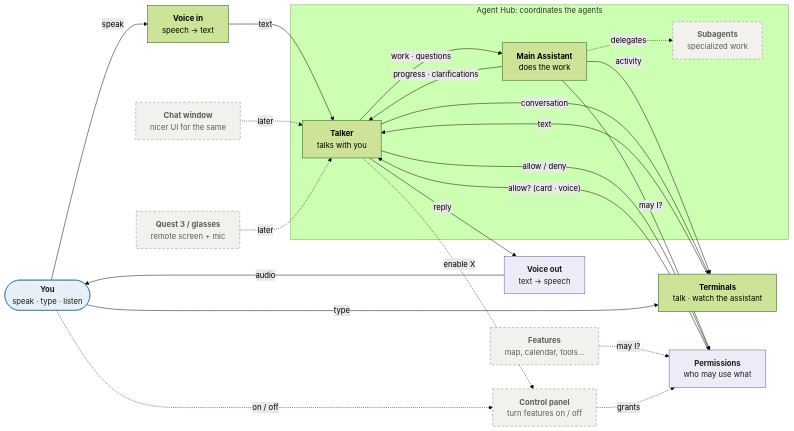
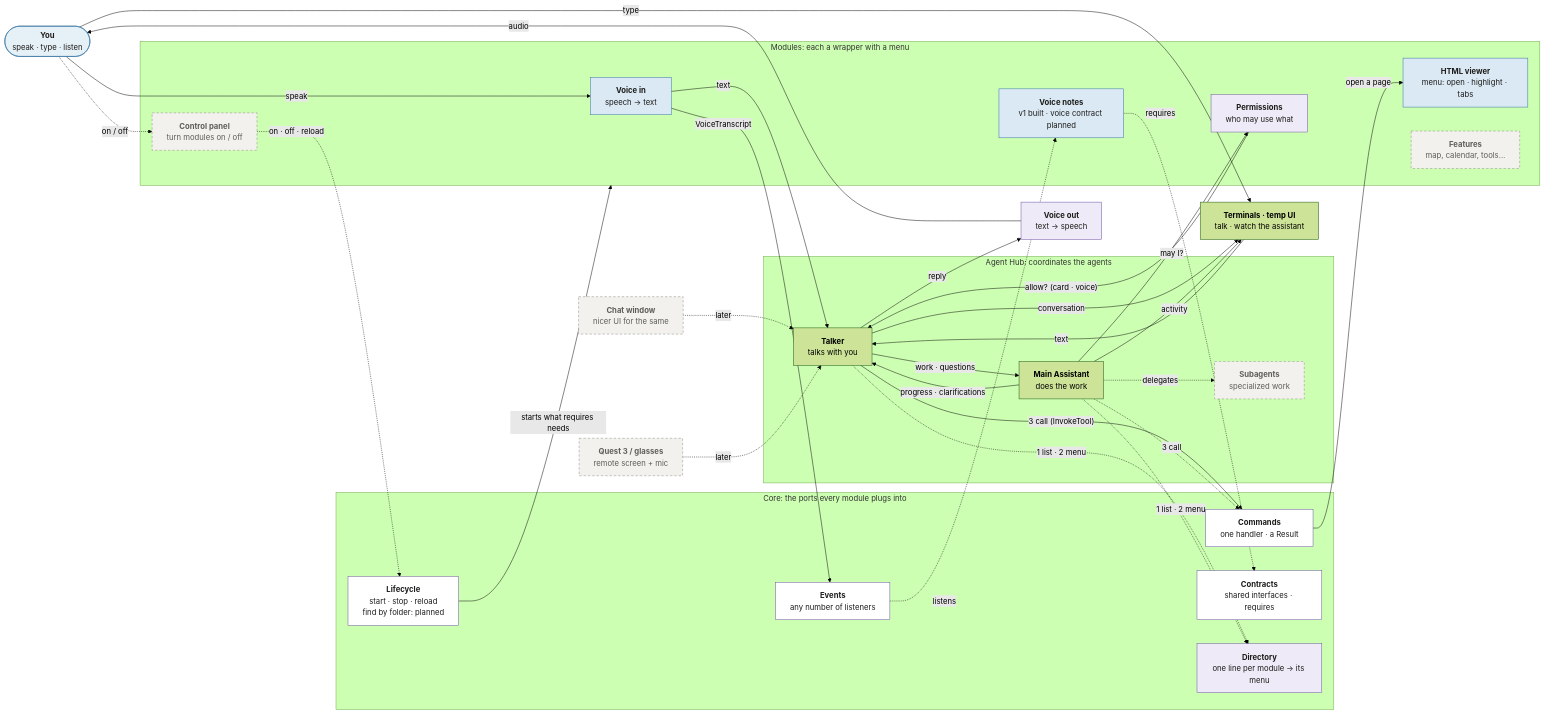
The diagram in docs/architecture/README.md (sharramon/AI_Assistant), drawn with Mermaid (forest theme) before and after one commit. The commit also changed other lines of this file and 35 other files, not shown here.

Commit message:
Docs: module pages, module library, architecture and API updates

````diff
--- a/docs/architecture/README.md
+++ b/docs/architecture/README.md
@@ -9,47 +9,69 @@
 ```mermaid
 flowchart LR
     You(["<b>You</b><br/>speak · type · listen"])
-    VoiceIn["<b>Voice in</b><br/>speech → text"]
-    Term["<b>Terminals</b><br/>talk · watch the assistant"]
+    Term["<b>Terminals · temp UI</b><br/>talk · watch the assistant"]
     Window["<b>Chat window</b><br/>nicer UI for the same"]
+    Quest["<b>Quest 3 / glasses</b><br/>remote screen + mic"]
     VoiceOut["<b>Voice out</b><br/>text → speech"]
-    Quest["<b>Quest 3 / glasses</b><br/>remote screen + mic"]
-    Control["<b>Control panel</b><br/>turn features on / off"]
-    Perms["<b>Permissions</b><br/>who may use what"]
-    Features["<b>Features</b><br/>map, calendar, tools…"]
 
     subgraph Hub["Agent Hub: coordinates the agents"]
         Talker["<b>Talker</b><br/>talks with you"]
         Main["<b>Main Assistant</b><br/>does the work"]
         Subs["<b>Subagents</b><br/>specialized work"]
         Talker -- work · questions --> Main
         Main -- progress · clarifications --> Talker
         Main -. delegates .-> Subs
     end
 
+    subgraph Core["Core: the ports every module plugs into"]
+        Life["<b>Lifecycle</b><br/>start · stop · reload<br/>find by folder: planned"]
+        Cmds["<b>Commands</b><br/>one handler · a Result"]
+        Events["<b>Events</b><br/>any number of listeners"]
+        Contracts["<b>Contracts</b><br/>shared interfaces · requires"]
+        Dir["<b>Directory</b><br/>one line per module → its menu"]
+    end
+
+    subgraph Mods["Modules: each a wrapper with a menu"]
+        VoiceIn["<b>Voice in</b><br/>speech → text"]
+        Viewer["<b>HTML viewer</b><br/>menu: open · highlight · tabs"]
+        Notes["<b>Voice notes</b><br/>v1 built · voice contract planned"]
+        Perms["<b>Permissions</b><br/>who may use what"]
+        Control["<b>Control panel</b><br/>turn modules on / off"]
+        Features["<b>Features</b><br/>map, calendar, tools…"]
+    end
+
     You -- speak --> VoiceIn
     You -- type --> Term
     VoiceIn -- text --> Talker
     Term -- text --> Talker
+    Talker -- conversation --> Term
+    Main -- activity --> Term
     Talker -- reply --> VoiceOut
     VoiceOut -- audio --> You
-    Main -- activity --> Term
-    Talker -- conversation --> Term
     Window -. later .-> Talker
     Quest -. later .-> Talker
+    Talker -. "1 list · 2 menu" .-> Dir
+    Main -. "1 list · 2 menu" .-> Dir
+    Talker -- "3 call (InvokeTool)" --> Cmds
+    Main -. "3 call" .-> Cmds
+    Cmds -- "open a page" --> Viewer
+    VoiceIn -- VoiceTranscript --> Events
+    Events -. listens .-> Notes
+    Notes -. requires .-> Contracts
+    Main -- "may I?" --> Perms
+    Perms -- "allow? (card · voice)" --> Talker
     You -. on / off .-> Control
-    Talker -. "enable X" .-> Control
-    Main -- "may I?" --> Perms
-    Features -. "may I?" .-> Perms
-    Perms -- "allow? (card · voice)" --> Talker
-    Talker -- "allow / deny" --> Perms
-    Control -. grants .-> Perms
+    Control -. "on · off · reload" .-> Life
+    Life -- "starts what requires needs" --> Mods
 
     classDef planned fill:#efeaf7,stroke:#6b4fa0,color:#1d1d1b
     classDef person fill:#e6f0f7,stroke:#2f6f9f,color:#1d1d1b
     classDef later fill:#f2f1ee,stroke:#8a877c,stroke-dasharray:5 4,color:#5f5e58
-    class VoiceOut,Perms planned
-    class Features later
+    classDef port fill:#ffffff,stroke:#6b4fa0,color:#1d1d1b
+    classDef module fill:#dbe9f4,stroke:#2f6f9f,color:#1d1d1b
+    class Life,Cmds,Events,Contracts port
+    class VoiceIn,Viewer,Notes module
+    class VoiceOut,Perms,Dir planned
     class You person
-    class Window,Quest,Subs,Control later
+    class Window,Quest,Subs,Control,Features later
 ```
````
